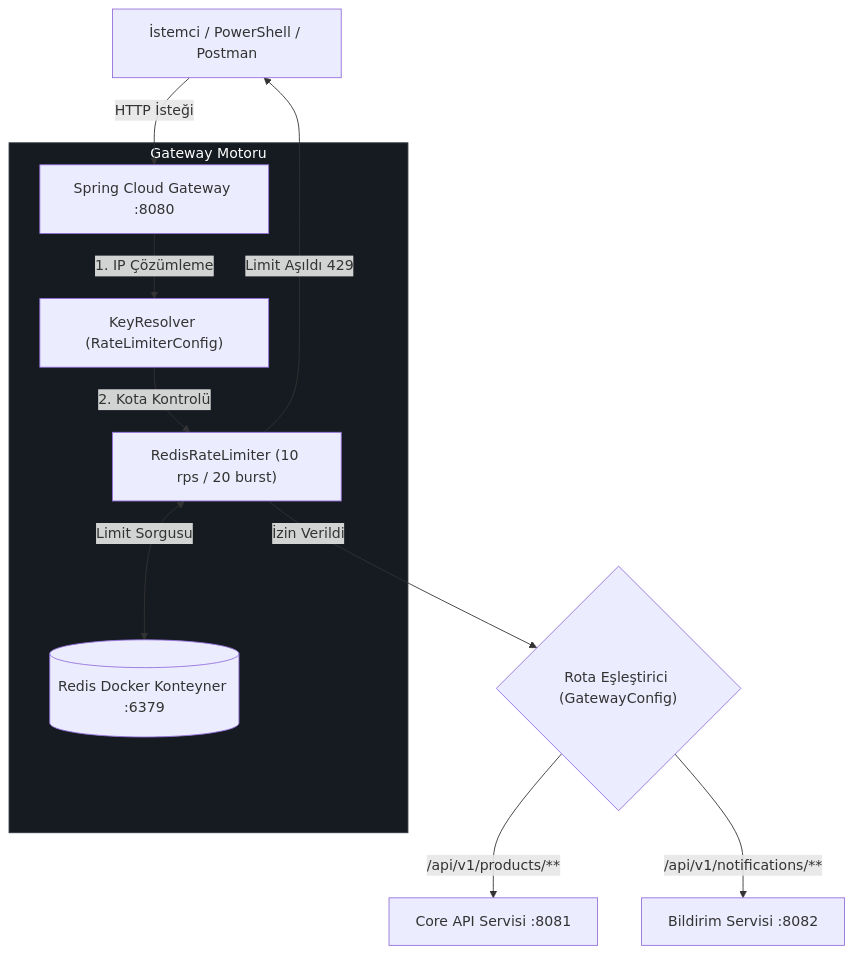
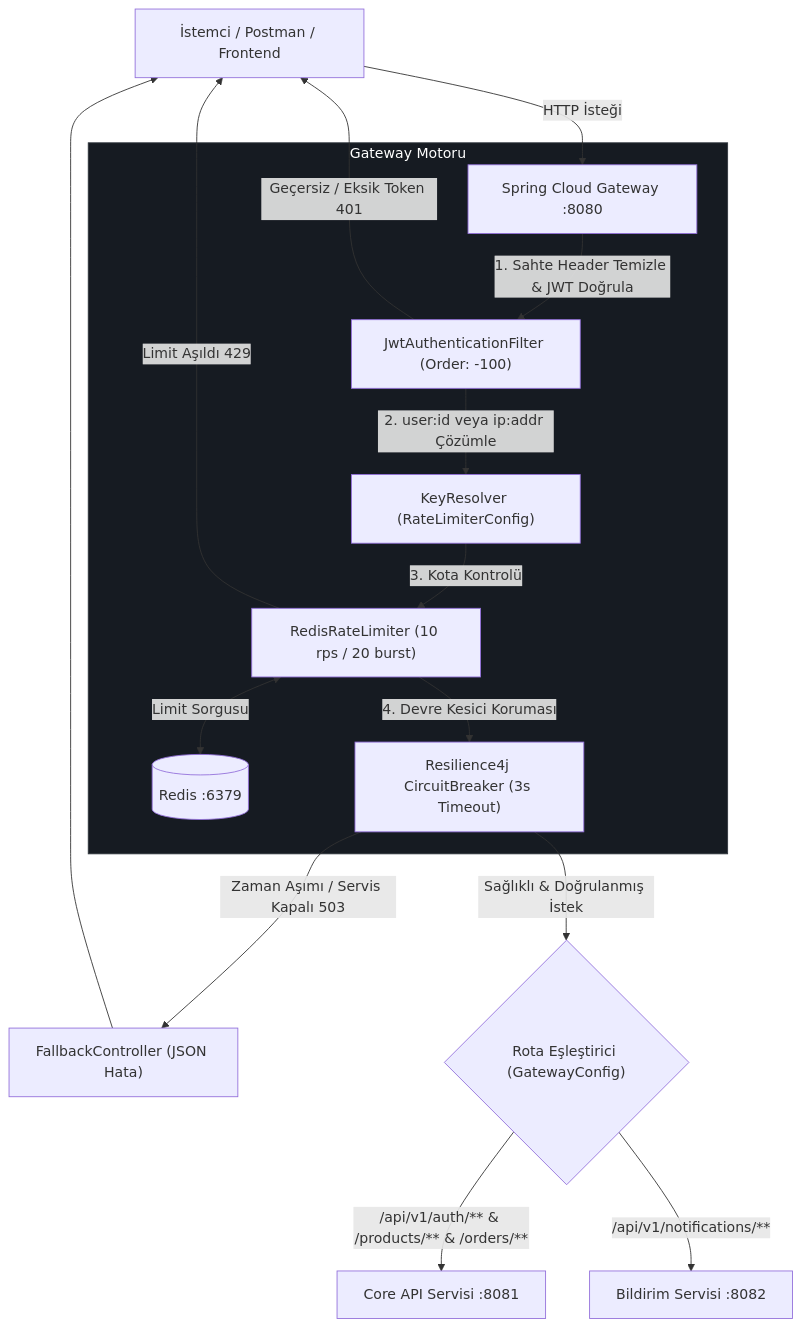
One commit to yusufkayiss/api-gateway changed the second of 2 diagrams in README.md. Above: the diagram before and after it, drawn with Mermaid. The commit also changed other lines of this file, not shown here.

First line of the commit message:
Update README with security and resilience features

````diff
--- a/README.md
+++ b/README.md
@@ -83,18 +103,23 @@
 ```mermaid
 graph TD
-    Client[İstemci / PowerShell / Postman] -->|HTTP İsteği| Gateway[Spring Cloud Gateway :8080]
+    Client[İstemci / Postman / Frontend] -->|HTTP İsteği| Gateway[Spring Cloud Gateway :8080]
     
     subgraph GatewayEngine ["Gateway Motoru"]
-        Gateway -->|1. IP Çözümleme| KeyRes["KeyResolver (RateLimiterConfig)"]
-        KeyRes -->|2. Kota Kontrolü| RedisLimiter["RedisRateLimiter (10 rps / 20 burst)"]
-        RedisLimiter <-->|Limit Sorgusu| Redis[(Redis Docker Konteyner :6379)]
+        Gateway -->|1. Sahte Header Temizle & JWT Doğrula| AuthFilter["JwtAuthenticationFilter (Order: -100)"]
+        AuthFilter -->|2. user:id veya ip:addr Çözümle| KeyRes["KeyResolver (RateLimiterConfig)"]
+        KeyRes -->|3. Kota Kontrolü| RedisLimiter["RedisRateLimiter (10 rps / 20 burst)"]
+        RedisLimiter <-->|Limit Sorgusu| Redis[(Redis :6379)]
+        RedisLimiter -->|4. Devre Kesici Koruması| CB["Resilience4j CircuitBreaker (3s Timeout)"]
     end
     
+    AuthFilter -->|Geçersiz / Eksik Token 401| Client
     RedisLimiter -->|Limit Aşıldı 429| Client
-    RedisLimiter -->|İzin Verildi| Routing{"Rota Eşleştirici (GatewayConfig)"}
+    CB -->|Zaman Aşımı / Servis Kapalı 503| Fallback["FallbackController (JSON Hata)"]
+    Fallback --> Client
     
-    Routing -->|/api/v1/products/**| CoreAPI["Core API Servisi :8081"]
+    CB -->|Sağlıklı & Doğrulanmış İstek| Routing{"Rota Eşleştirici (GatewayConfig)"}
+    Routing -->|/api/v1/auth/** & /products/** & /orders/**| CoreAPI["Core API Servisi :8081"]
     Routing -->|/api/v1/notifications/**| NotifAPI["Bildirim Servisi :8082"]
 
     style GatewayEngine fill:#161b22,stroke:#30363d,stroke-width:1px,color:#fff
 ```
````
